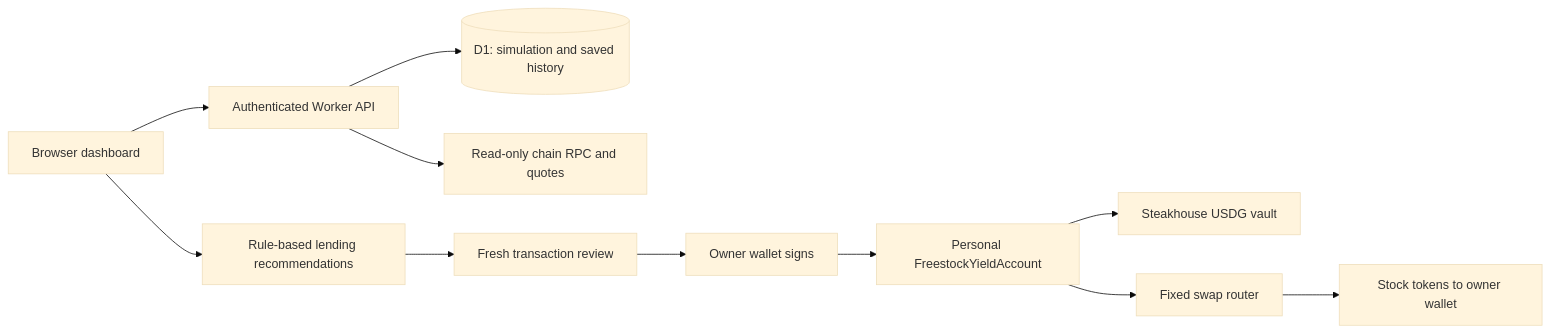
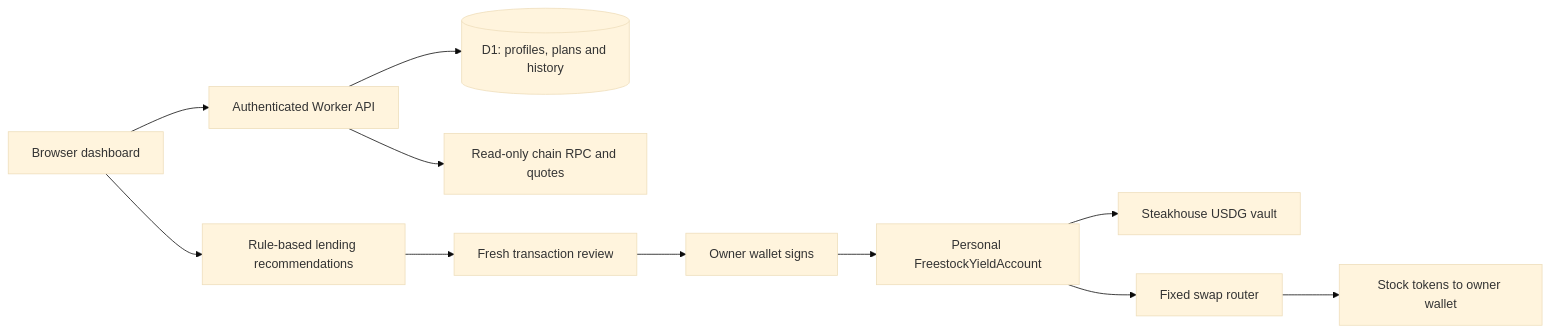
One commit to flappyfart/freestock changed the diagram in README.md. Above: the diagram before and after it, drawn with Mermaid (base theme). The commit also changed other lines of this file and 29 other files, not shown here.

````diff
--- a/README.md
+++ b/README.md
@@ -40,13 +44,13 @@
 ```mermaid
 flowchart LR
   UI[Browser dashboard] --> API[Authenticated Worker API]
-  API --> DB[(D1: simulation and saved history)]
+  API --> DB[(D1: profiles, plans and history)]
   API --> RPC[Read-only chain RPC and quotes]
   UI --> Rules[Rule-based lending recommendations]
   Rules --> Review[Fresh transaction review]
   Review --> Wallet[Owner wallet signs]
   Wallet --> Account[Personal FreestockYieldAccount]
   Account --> Vault[Steakhouse USDG vault]
   Account --> Router[Fixed swap router]
   Router --> Stocks[Stock tokens to owner wallet]
 ```
````
